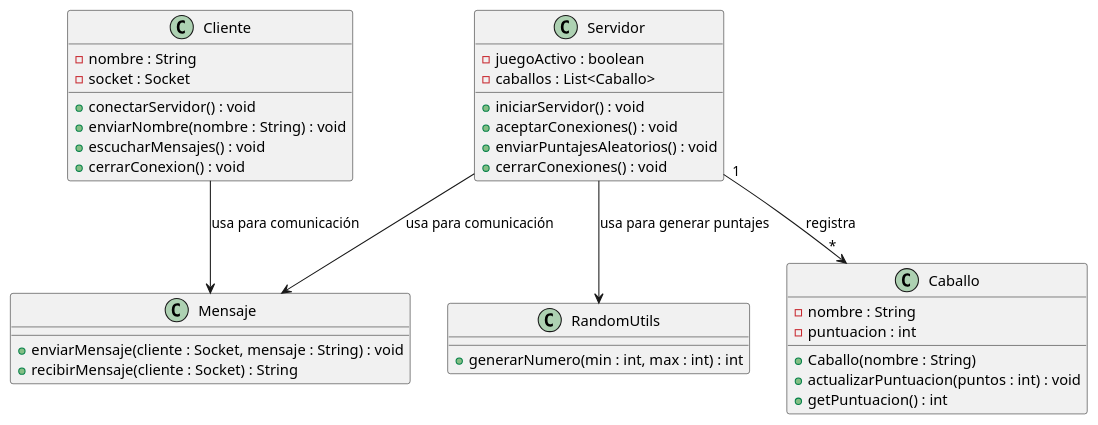
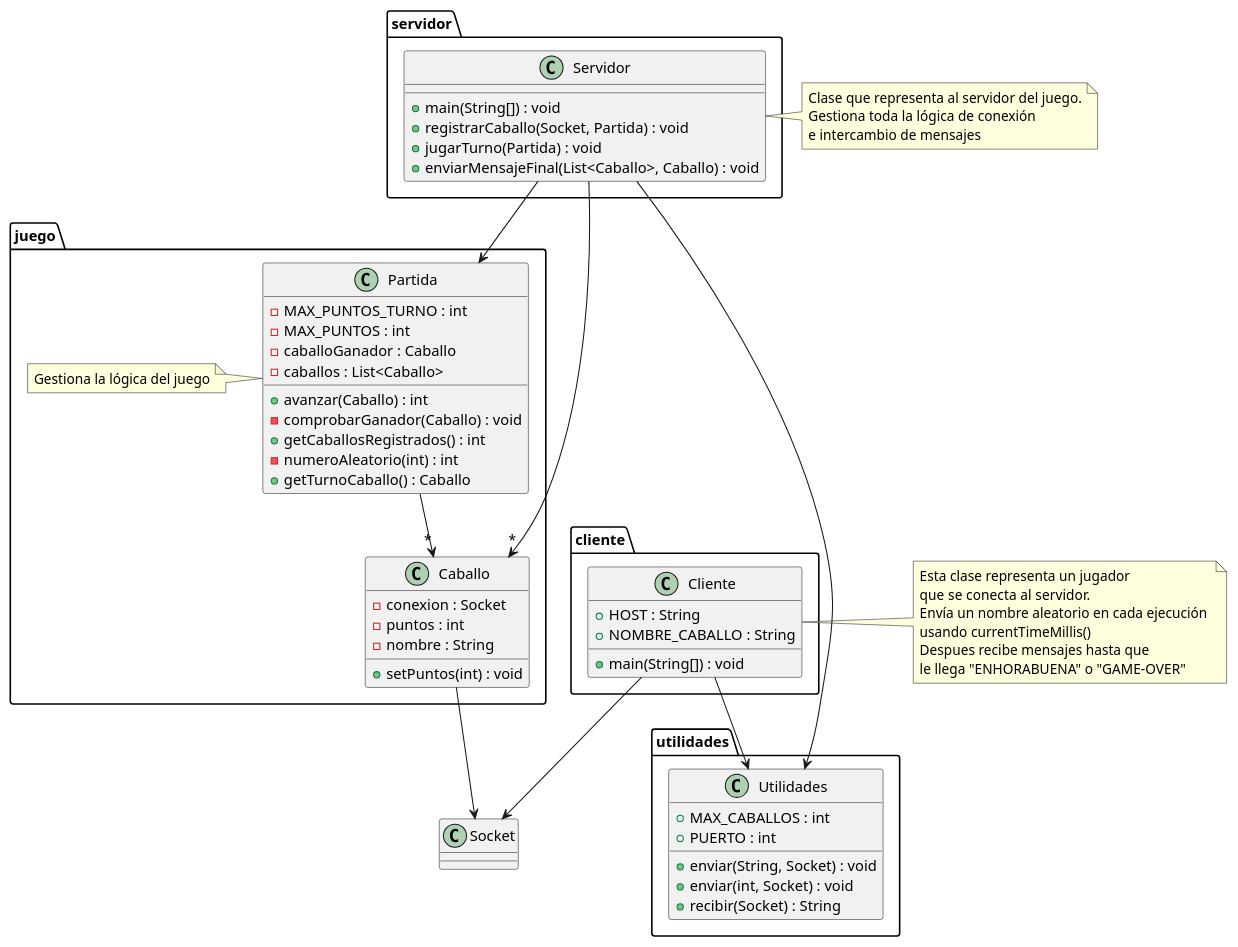
The third of 3 diagrams in uml.md (AmandaSMZ/PSP-CarreraCaballos), drawn with PlantUML before and after one commit. The commit also changed other lines of this file and 6 other files, not shown here.

````diff
--- a/uml.md
+++ b/uml.md
@@ -68,43 +63,77 @@
 ```plantuml
 @startuml
-class Servidor {
-    - juegoActivo : boolean
-    - caballos : List<Caballo>
-    + iniciarServidor() : void
-    + aceptarConexiones() : void
-    + enviarPuntajesAleatorios() : void
-    + cerrarConexiones() : void
+package cliente {
+    class Cliente {
+        +HOST : String
+        +NOMBRE_CABALLO : String
+        +main(String[]) : void
+    }
+}
+note right of Cliente
+    Esta clase representa un jugador 
+    que se conecta al servidor.
+    Envía un nombre aleatorio en cada ejecución 
+    usando currentTimeMillis()
+    Despues recibe mensajes hasta que
+    le llega "ENHORABUENA" o "GAME-OVER"
+end note
+
+package utilidades {
+    class Utilidades {
+        +MAX_CABALLOS : int
+        +PUERTO : int
+        +enviar(String, Socket) : void
+        +enviar(int, Socket) : void
+        +recibir(Socket) : String
+    }
 }
 
-class Caballo {
-    - nombre : String
-    - puntuacion : int
-    + Caballo(nombre : String)
-    + actualizarPuntuacion(puntos : int) : void
-    + getPuntuacion() : int
+package servidor {
+    class Servidor {
+        +main(String[]) : void
+        +registrarCaballo(Socket, Partida) : void
+        +jugarTurno(Partida) : void
+        +enviarMensajeFinal(List<Caballo>, Caballo) : void
+    }
+}
+note right of Servidor
+    Clase que representa al servidor del juego.
+    Gestiona toda la lógica de conexión
+    e intercambio de mensajes
+end note
+
+package juego {
+    class Partida {
+        -MAX_PUNTOS_TURNO : int
+        -MAX_PUNTOS : int
+        -caballoGanador : Caballo
+        -caballos : List<Caballo>
+        +avanzar(Caballo) : int
+        -comprobarGanador(Caballo) : void
+        +getCaballosRegistrados() : int
+        -numeroAleatorio(int) : int
+        +getTurnoCaballo() : Caballo
+    }
+    note left of Partida
+        Gestiona la lógica del juego
+    end note
+    
+    class Caballo {
+        -conexion : Socket
+        -puntos : int
+        -nombre : String
+        +setPuntos(int) : void
+    }
+
+    
 }
 
-class Cliente {
-    - nombre : String
-    - socket : Socket
-    + conectarServidor() : void
-    + enviarNombre(nombre : String) : void
-    + escucharMensajes() : void
-    + cerrarConexion() : void
-}
-
-class Mensaje {
-    + enviarMensaje(cliente : Socket, mensaje : String) : void
-    + recibirMensaje(cliente : Socket) : String
-}
-
-class RandomUtils {
-    + generarNumero(min : int, max : int) : int
-}
-
-Servidor "1" --> "*" Caballo : registra
-Servidor --> Mensaje : usa para comunicación
-Servidor --> RandomUtils : usa para generar puntajes
-Cliente --> Mensaje : usa para comunicación
+Servidor --> Partida
+Servidor --> Utilidades
+Servidor --> "*" Caballo
+Partida --> "*" Caballo
+Cliente --> Utilidades
+Cliente --> Socket
+Caballo --> Socket
 @enduml
 ```
````
